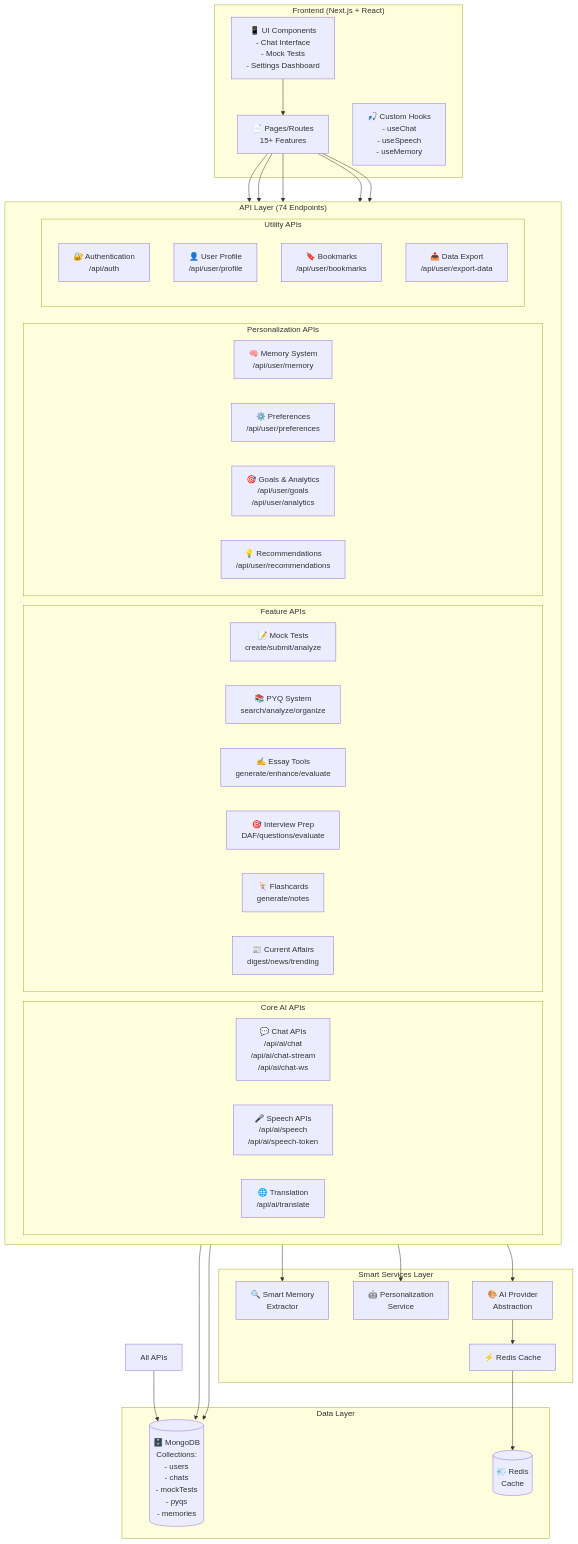
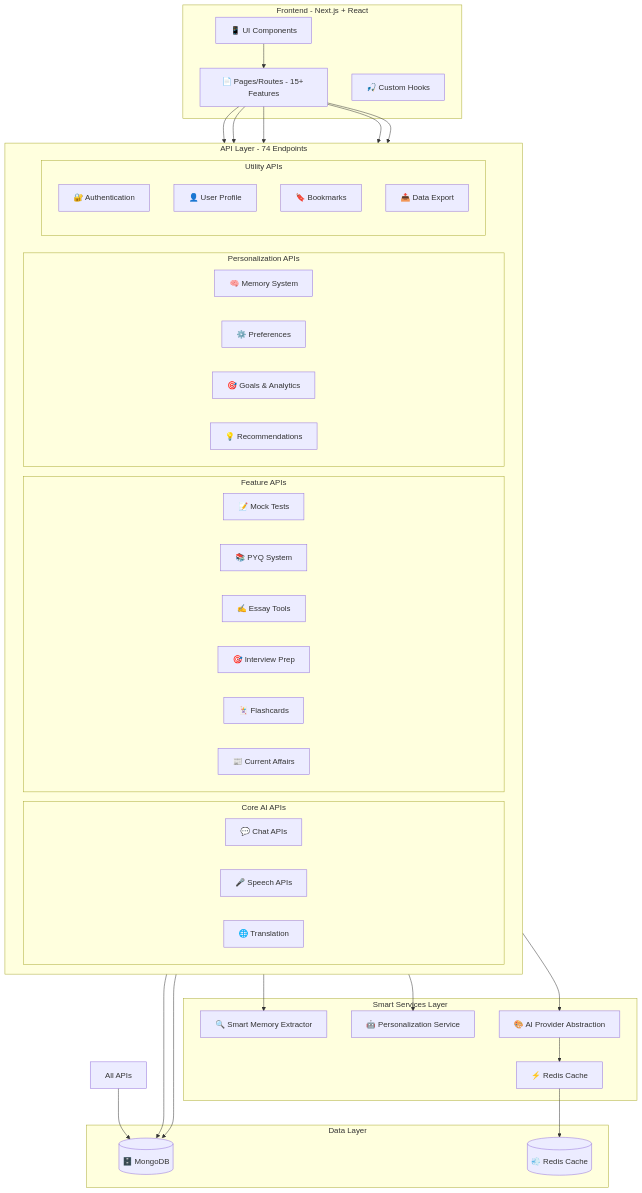
One commit to MANASMATHUR/Indicore-2.0-UPSC changed the second of 4 diagrams in docs/architecture.md. Above: the diagram before and after it, drawn with Mermaid. The commit also changed other lines of this file, not shown here.

Commit message:
Architecture update to resolve mermaid.js issues

````diff
--- a/docs/architecture.md
+++ b/docs/architecture.md
@@ -53,68 +53,68 @@
 ```mermaid
 graph TB
-    subgraph "Frontend (Next.js + React)"
-        UI[📱 UI Components<br/>- Chat Interface<br/>- Mock Tests<br/>- Settings Dashboard]
-        Pages[📄 Pages/Routes<br/>15+ Features]
-        Hooks[🎣 Custom Hooks<br/>- useChat<br/>- useSpeech<br/>- useMemory]
+    subgraph "Frontend - Next.js + React"
+        UI["📱 UI Components"]
+        Pages["📄 Pages/Routes - 15+ Features"]
+        Hooks["🎣 Custom Hooks"]
     end
     
-    subgraph "API Layer (74 Endpoints)"
+    subgraph "API Layer - 74 Endpoints"
         direction LR
         
         subgraph "Core AI APIs"
-            ChatAPI[💬 Chat APIs<br/>/api/ai/chat<br/>/api/ai/chat-stream<br/>/api/ai/chat-ws]
-            SpeechAPI[🎤 Speech APIs<br/>/api/ai/speech<br/>/api/ai/speech-token]
-            TranslateAPI[🌐 Translation<br/>/api/ai/translate]
+            ChatAPI["💬 Chat APIs"]
+            SpeechAPI["🎤 Speech APIs"]
+            TranslateAPI["🌐 Translation"]
         end
         
         subgraph "Feature APIs"
-            MockAPI[📝 Mock Tests<br/>create/submit/analyze]
-            PyqAPI[📚 PYQ System<br/>search/analyze/organize]
-            EssayAPI[✍️ Essay Tools<br/>generate/enhance/evaluate]
-            InterviewAPI[🎯 Interview Prep<br/>DAF/questions/evaluate]
-            FlashcardAPI[🃏 Flashcards<br/>generate/notes]
-            AffairsAPI[📰 Current Affairs<br/>digest/news/trending]
+            MockAPI["📝 Mock Tests"]
+            PyqAPI["📚 PYQ System"]
+            EssayAPI["✍️ Essay Tools"]
+            InterviewAPI["🎯 Interview Prep"]
+            FlashcardAPI["🃏 Flashcards"]
+            AffairsAPI["📰 Current Affairs"]
         end
         
         subgraph "Personalization APIs"
-            MemoryAPI[🧠 Memory System<br/>/api/user/memory]
-            PrefsAPI[⚙️ Preferences<br/>/api/user/preferences]
-            GoalsAPI[🎯 Goals & Analytics<br/>/api/user/goals<br/>/api/user/analytics]
-            RecommendAPI[💡 Recommendations<br/>/api/user/recommendations]
+            MemoryAPI["🧠 Memory System"]
+            PrefsAPI["⚙️ Preferences"]
+            GoalsAPI["🎯 Goals & Analytics"]
+            RecommendAPI["💡 Recommendations"]
         end
         
         subgraph "Utility APIs"
-            AuthAPI[🔐 Authentication<br/>/api/auth]
-            UserAPI[👤 User Profile<br/>/api/user/profile]
-            BookmarkAPI[🔖 Bookmarks<br/>/api/user/bookmarks]
-            ExportAPI[📤 Data Export<br/>/api/user/export-data]
+            AuthAPI["🔐 Authentication"]
+            UserAPI["👤 User Profile"]
+            BookmarkAPI["🔖 Bookmarks"]
+            ExportAPI["📤 Data Export"]
         end
     end
     
     subgraph "Smart Services Layer"
-        MemoryExtractor[🔍 Smart Memory<br/>Extractor]
-        Personalizer[🤖 Personalization<br/>Service]
-        AIProvider[🎨 AI Provider<br/>Abstraction]
-        CacheService[⚡ Redis Cache]
+        MemoryExtractor["🔍 Smart Memory Extractor"]
+        Personalizer["🤖 Personalization Service"]
+        AIProvider["🎨 AI Provider Abstraction"]
+        CacheService["⚡ Redis Cache"]
     end
     
     subgraph "Data Layer"
-        MongoDB[(🗄️ MongoDB<br/>Collections:<br/>- users<br/>- chats<br/>- mockTests<br/>- pyqs<br/>- memories)]
-        Redis[(💨 Redis<br/>Cache)]
+        MongoDB[("🗄️ MongoDB")]
+        Redis[("💨 Redis Cache")]
     end
     
     UI --> Pages
     Pages --> ChatAPI & MockAPI & EssayAPI
     Pages --> MemoryAPI & PrefsAPI
     
     ChatAPI --> MemoryExtractor
     ChatAPI --> Personalizer
     ChatAPI --> AIProvider
     
     MemoryAPI --> MongoDB
     PrefsAPI --> MongoDB
-    AllAPIs[All APIs] --> MongoDB
+    AllAPIs["All APIs"] --> MongoDB
     
     AIProvider --> CacheService
     CacheService --> Redis
 ```
````
